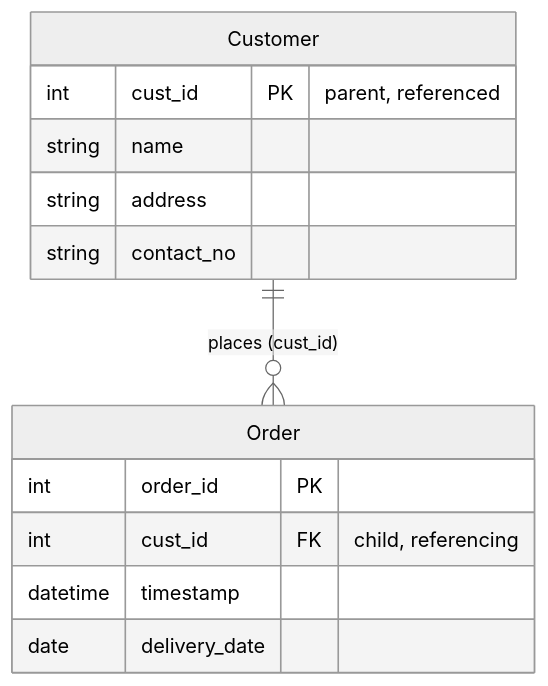
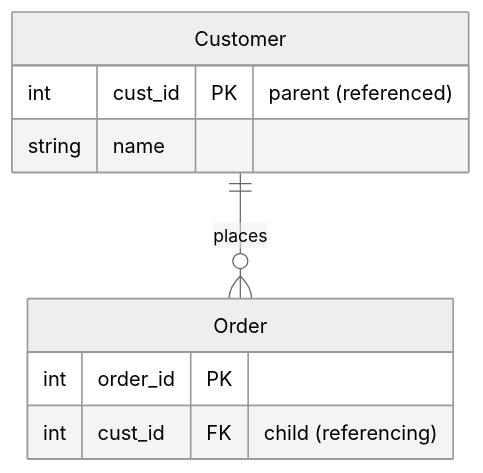
One commit to aaryan-pradhan/core-cs-fundamentals changed the fourth of 8 diagrams in dbms/07-relational-model.md. Above: the diagram before and after it, drawn with Mermaid (neutral theme). The commit also changed other lines of this file, not shown here.

First line of the commit message:
Rewrite DBMS lecture 7 as diagram-first notes

````diff
--- a/dbms/07-relational-model.md
+++ b/dbms/07-relational-model.md
@@ -108,16 +72,12 @@
-   ```mermaid
-   erDiagram
-       Customer ||--o{ Order : "places (cust_id)"
-       Customer {
-           int cust_id PK "parent, referenced"
-           string name
-           string address
-           string contact_no
-       }
-       Order {
-           int order_id PK
-           int cust_id FK "child, referencing"
-           datetime timestamp
-           date delivery_date
-       }
-   ```
+```mermaid
+erDiagram
+  Customer ||--o{ Order : "places"
+  Customer {
+    int cust_id PK "parent (referenced)"
+    string name
+  }
+  Order {
+    int order_id PK
+    int cust_id FK "child (referencing)"
+  }
+```
````
